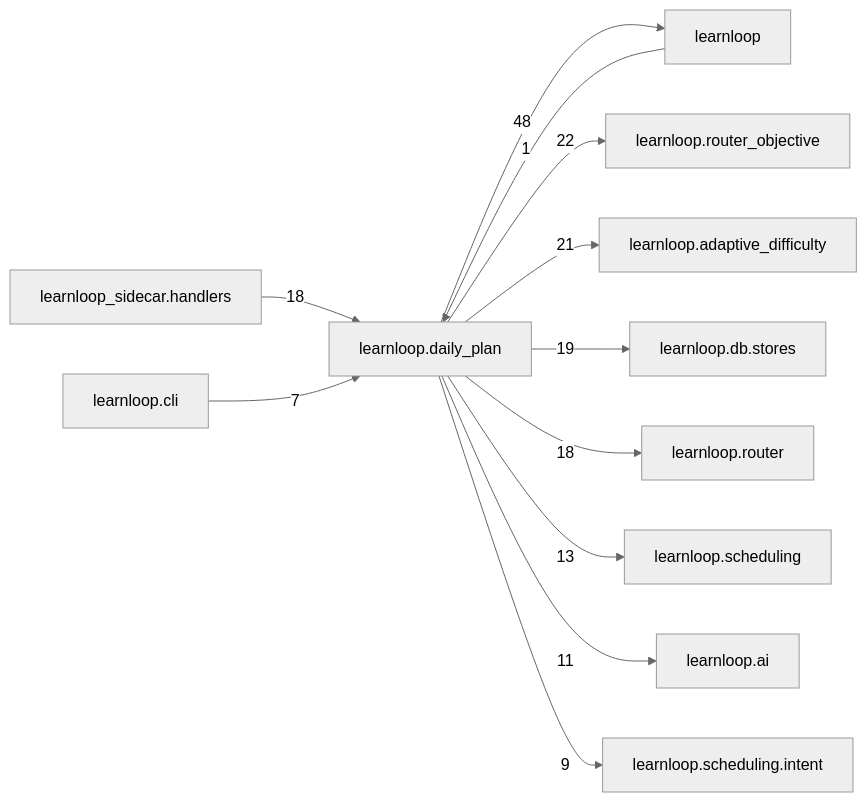
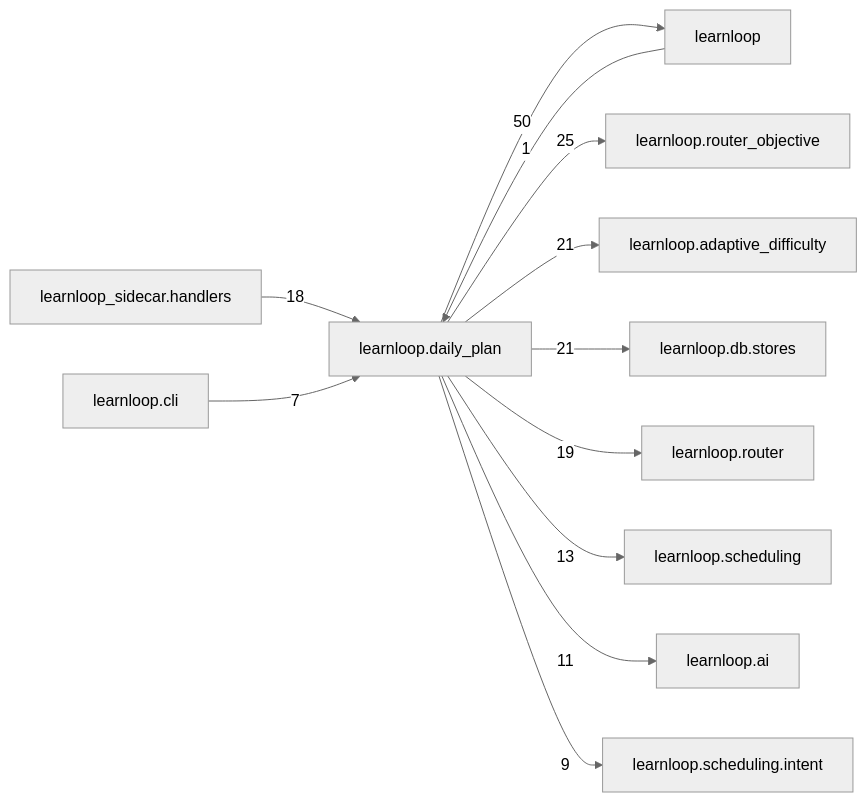
One commit to 6up-b/learnanything changed the diagram in docs/learnloop-architecture-vault/Reference/Modules/learnloop/daily_plan/_package.md. Above: the diagram before and after it, drawn with Mermaid (neutral theme). The commit also changed other lines of this file and 162 other files, not shown here.

````diff
--- a/docs/learnloop-architecture-vault/Reference/Modules/learnloop/daily_plan/_package.md
+++ b/docs/learnloop-architecture-vault/Reference/Modules/learnloop/daily_plan/_package.md
@@ -162,25 +162,25 @@
 ```mermaid
 flowchart LR
     center["learnloop.daily_plan"]
     n_learnloop["learnloop"]
     n_learnloop_router_objective["learnloop.router_objective"]
     n_learnloop_adaptive_difficulty["learnloop.adaptive_difficulty"]
     n_learnloop_db_stores["learnloop.db.stores"]
     n_learnloop_router["learnloop.router"]
     n_learnloop_sidecar_handlers["learnloop_sidecar.handlers"]
     n_learnloop_scheduling["learnloop.scheduling"]
     n_learnloop_ai["learnloop.ai"]
     n_learnloop_scheduling_intent["learnloop.scheduling.intent"]
     n_learnloop_cli["learnloop.cli"]
     n_learnloop -->|1| center
-    center -->|48| n_learnloop
-    center -->|22| n_learnloop_router_objective
+    center -->|50| n_learnloop
+    center -->|25| n_learnloop_router_objective
     center -->|21| n_learnloop_adaptive_difficulty
-    center -->|19| n_learnloop_db_stores
-    center -->|18| n_learnloop_router
+    center -->|21| n_learnloop_db_stores
+    center -->|19| n_learnloop_router
     n_learnloop_sidecar_handlers -->|18| center
     center -->|13| n_learnloop_scheduling
     center -->|11| n_learnloop_ai
     center -->|9| n_learnloop_scheduling_intent
     n_learnloop_cli -->|7| center
 ```
````
